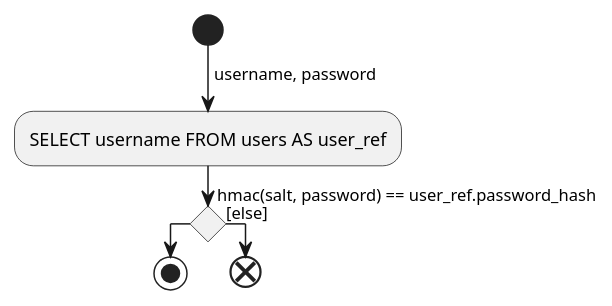
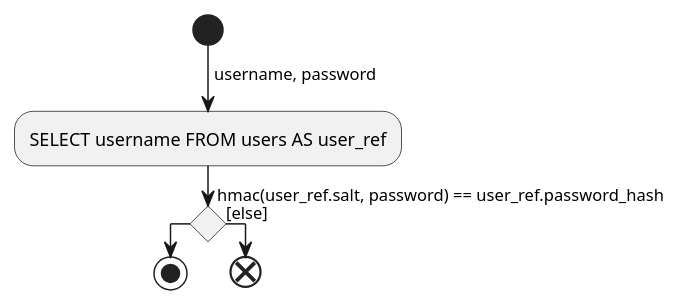
The diagram in DOC/VER1/diagrams/activity/verifica_password.puml (Matlice/ing_sw_2022), drawn with PlantUML before and after one commit. The commit also changed 4 other files, not shown here.

Commit message:
Sistemate linee nascoste negli uml, script watch controlla anche i .puml

```diff
--- a/DOC/VER1/diagrams/activity/verifica_password.puml
+++ b/DOC/VER1/diagrams/activity/verifica_password.puml
@@ -1,16 +1,16 @@
 @startuml
 skinparam conditionStyle diamond
 
 start
 
 -> username, password;
 
 :SELECT username FROM users AS user_ref;
 
-if (hmac(salt, password) == user_ref.password_hash) then
+if (hmac(user_ref.salt, password) == user_ref.password_hash) then
     stop
 else ([else])
     end
 endif
 
 @enduml
```
